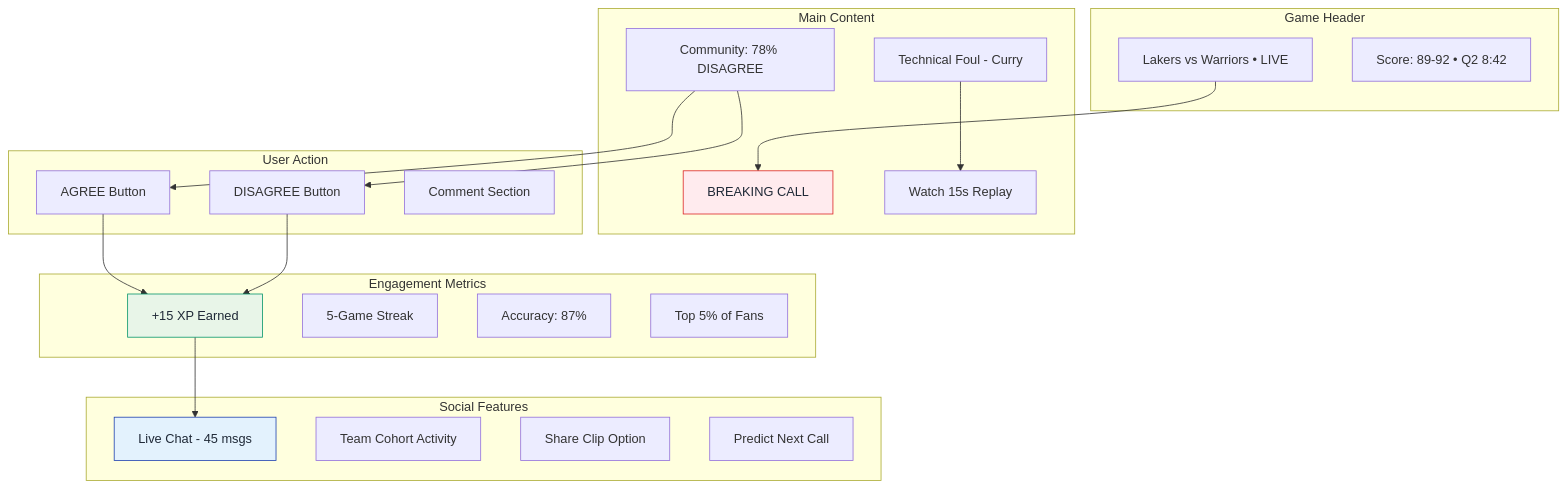
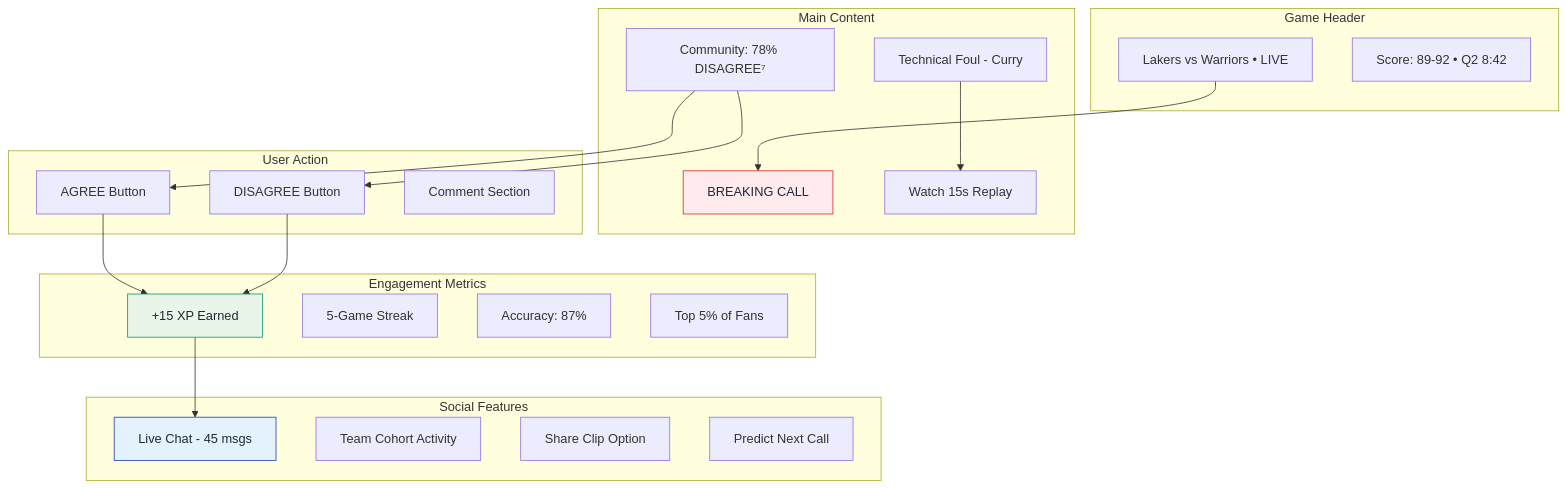
One commit to SkaFld-Ignite/ref-u-wireframes changed the third of 7 diagrams in docs/investor-flows.md. Above: the diagram before and after it, drawn with Mermaid. The commit also changed other lines of this file, not shown here.

Commit message:
Update investor flows with accurate pre-beta stage and working citations

````diff
--- a/docs/investor-flows.md
+++ b/docs/investor-flows.md
@@ -178,46 +96,46 @@
 ```mermaid
 graph TB
     subgraph "Game Header"
         A1[Lakers vs Warriors • LIVE]
         A2[Score: 89-92 • Q2 8:42]
     end
     
     subgraph "Main Content"
         B1[BREAKING CALL]
         B2[Technical Foul - Curry]
         B3[Watch 15s Replay]
-        B4[Community: 78% DISAGREE]
+        B4[Community: 78% DISAGREE⁷]
     end
     
     subgraph "User Action"
         C1[AGREE Button]
         C2[DISAGREE Button]
         C3[Comment Section]
     end
     
     subgraph "Engagement Metrics"
         D1[+15 XP Earned]
         D2[5-Game Streak]
         D3[Accuracy: 87%]
         D4[Top 5% of Fans]
     end
     
     subgraph "Social Features"
         E1[Live Chat - 45 msgs]
         E2[Team Cohort Activity]
         E3[Share Clip Option]
         E4[Predict Next Call]
     end
     
     A1 --> B1
     B2 --> B3
     B4 --> C1
     B4 --> C2
     C1 --> D1
     C2 --> D1
     D1 --> E1
     
     style B1 fill:#ffebee,stroke:#dc2626,color:#1f2937
     style D1 fill:#e8f5e8,stroke:#059669,color:#1f2937
     style E1 fill:#e3f2fd,stroke:#1e40af,color:#1f2937
 ```
````
